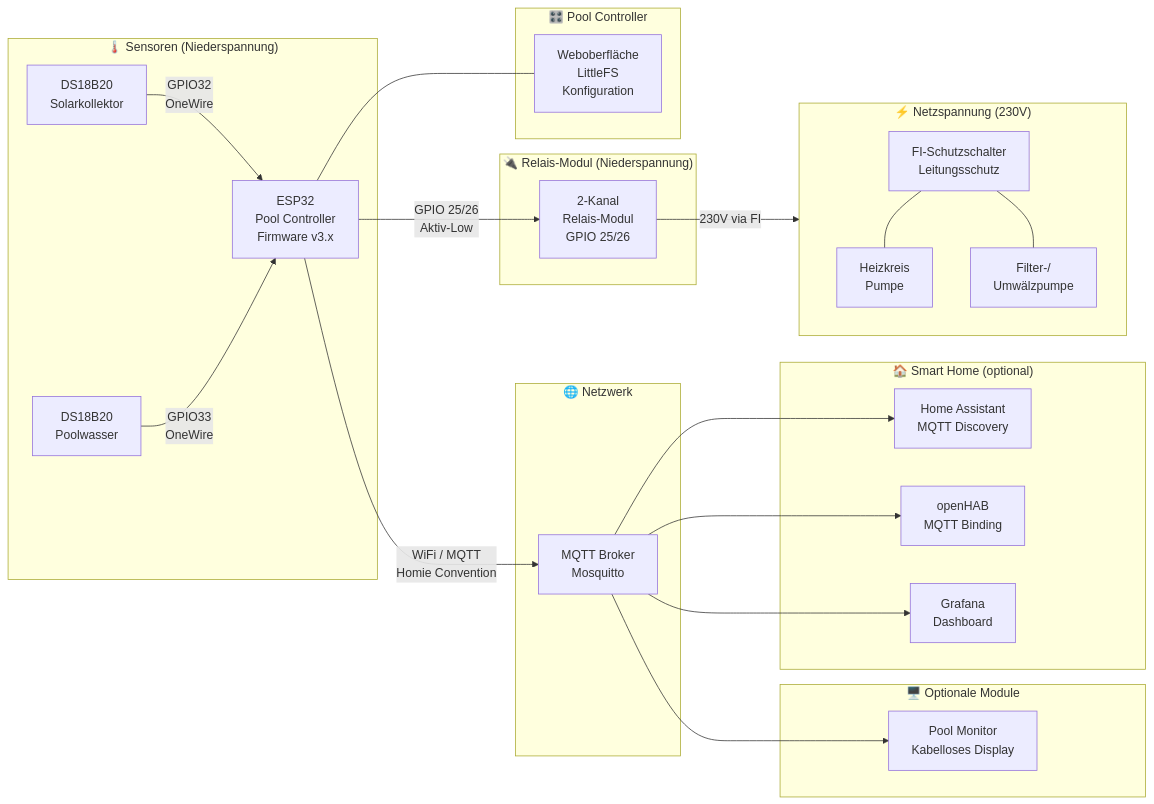
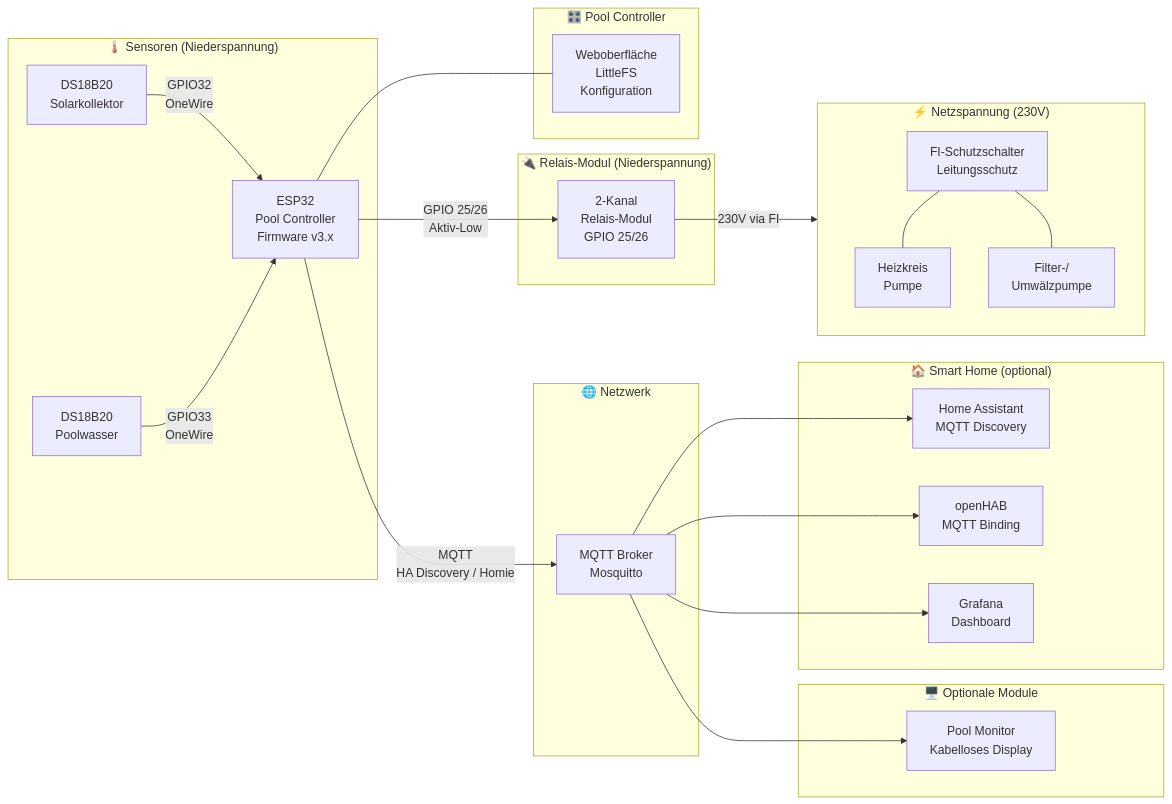
Before and after one commit to smart-swimmingpool/website: the diagram in content/docs/architecture/_index.de.md, drawn with Mermaid. The commit also changed other lines of this file and 2 other files, not shown here.

````diff
--- a/content/docs/architecture/_index.de.md
+++ b/content/docs/architecture/_index.de.md
@@ -15,50 +15,50 @@
 ```mermaid
 flowchart LR
     subgraph Sensors["🌡️ Sensoren (Niederspannung)"]
         S1[DS18B20<br/>Solarkollektor] -->|GPIO32<br/>OneWire| ESP
         S2[DS18B20<br/>Poolwasser] -->|GPIO33<br/>OneWire| ESP
     end
 
     subgraph Controller["🎛️ Pool Controller"]
         ESP[ESP32<br/>Pool Controller<br/>Firmware v3.x]
         WEB[Weboberfläche<br/>LittleFS<br/>Konfiguration]
         ESP --- WEB
     end
 
     subgraph Relay["🔌 Relais-Modul (Niederspannung)"]
         R[2-Kanal<br/>Relais-Modul<br/>GPIO 25/26]
     end
 
     subgraph Mains["⚡ Netzspannung (230V)"]
         P1[Heizkreis<br/>Pumpe]
         P2[Filter-/<br/>Umwälzpumpe]
         RCD[FI-Schutzschalter<br/>Leitungsschutz]
     end
 
     subgraph Network["🌐 Netzwerk"]
         MQTT[MQTT Broker<br/>Mosquitto]
     end
 
     subgraph SmartHome["🏠 Smart Home (optional)"]
         HA[Home Assistant<br/>MQTT Discovery]
         OH[openHAB<br/>MQTT Binding]
         GRAF[Grafana<br/>Dashboard]
     end
 
     subgraph Display["🖥️ Optionale Module"]
         PM[Pool Monitor<br/>Kabelloses Display]
     end
 
     %% Verbindungen
     ESP -->|GPIO 25/26<br/>Aktiv-Low| R
-    ESP -->|WiFi / MQTT<br/>Homie Convention| MQTT
+    ESP -->|MQTT<br/>HA Discovery / Homie| MQTT
 
     R -->|230V via FI| Mains
     RCD --- P1
     RCD --- P2
 
     MQTT --> HA
     MQTT --> OH
     MQTT --> GRAF
     MQTT --> PM
 ```
````
